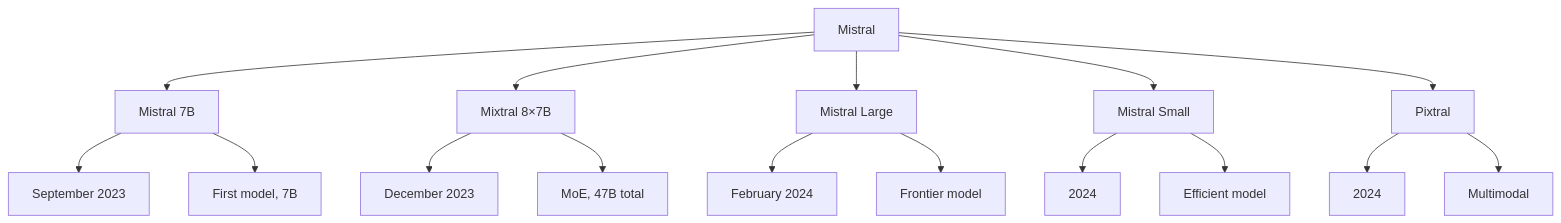
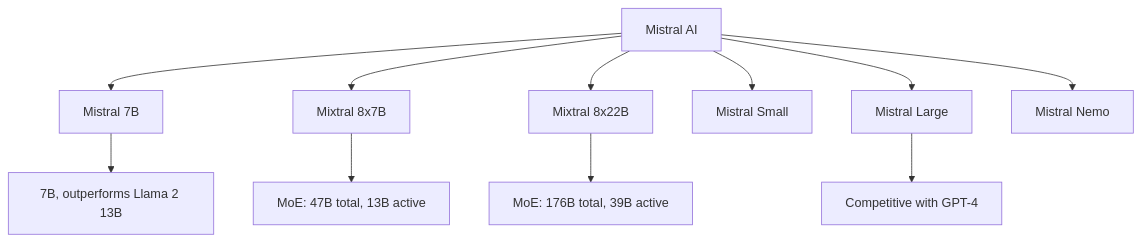
Before and after one commit to vanos001/placement_prep: the diagram in src/llm/sota/mistral.md, drawn with Mermaid. The commit also changed other lines of this file and 2 other files, not shown here.

````diff
--- a/src/llm/sota/mistral.md
+++ b/src/llm/sota/mistral.md
@@ -7,23 +9,13 @@
 ```mermaid
 graph TD
-    A[Mistral] --> B[Mistral 7B]
-    A --> C[Mixtral 8×7B]
-    A --> D[Mistral Large]
+    A[Mistral AI] --> B[Mistral 7B]
+    A --> C[Mixtral 8x7B]
+    A --> D[Mixtral 8x22B]
     A --> E[Mistral Small]
-    A --> F[Pixtral]
-    
-    B --> B1["September 2023"]
-    B --> B2["First model, 7B"]
-    
-    C --> C1["December 2023"]
-    C --> C2["MoE, 47B total"]
-    
-    D --> D1["February 2024"]
-    D --> D2["Frontier model"]
-    
-    E --> E1["2024"]
-    E --> E2["Efficient model"]
-    
-    F --> F1["2024"]
-    F --> F2["Multimodal"]
+    A --> F[Mistral Large]
+    A --> G[Mistral Nemo]
+    B --> B1[7B, outperforms Llama 2 13B]
+    C --> C1[MoE: 47B total, 13B active]
+    D --> D1[MoE: 176B total, 39B active]
+    F --> F1[Competitive with GPT-4]
 ```
````
